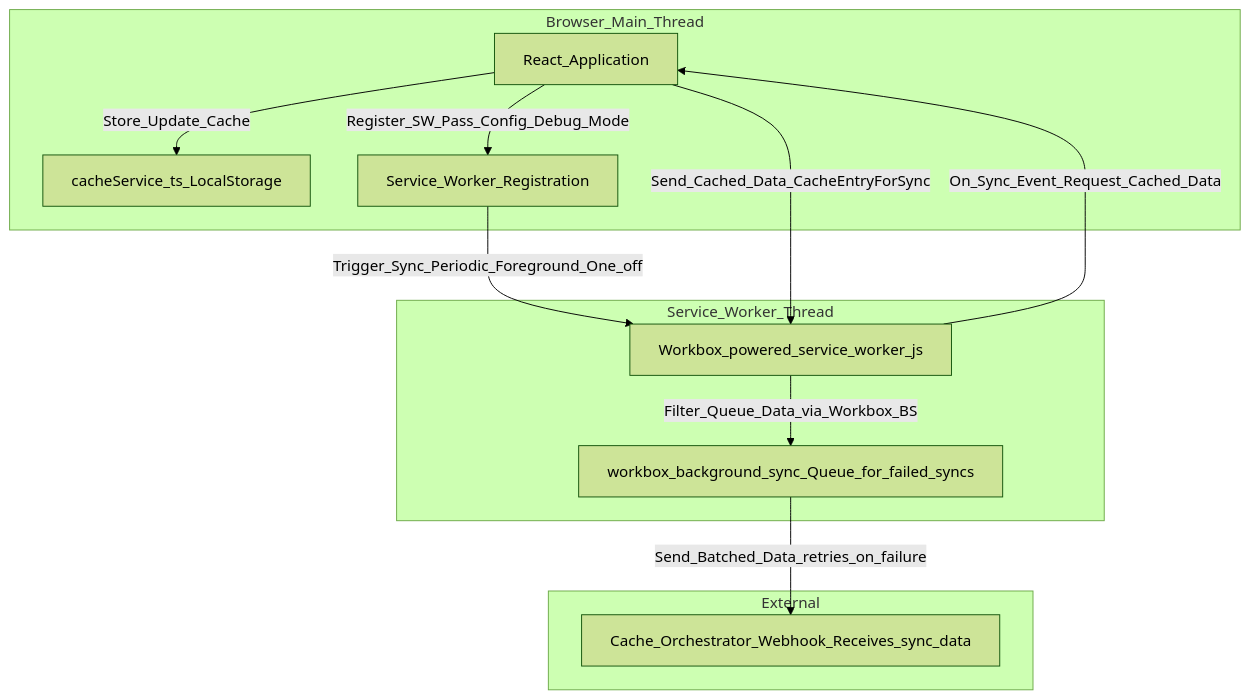
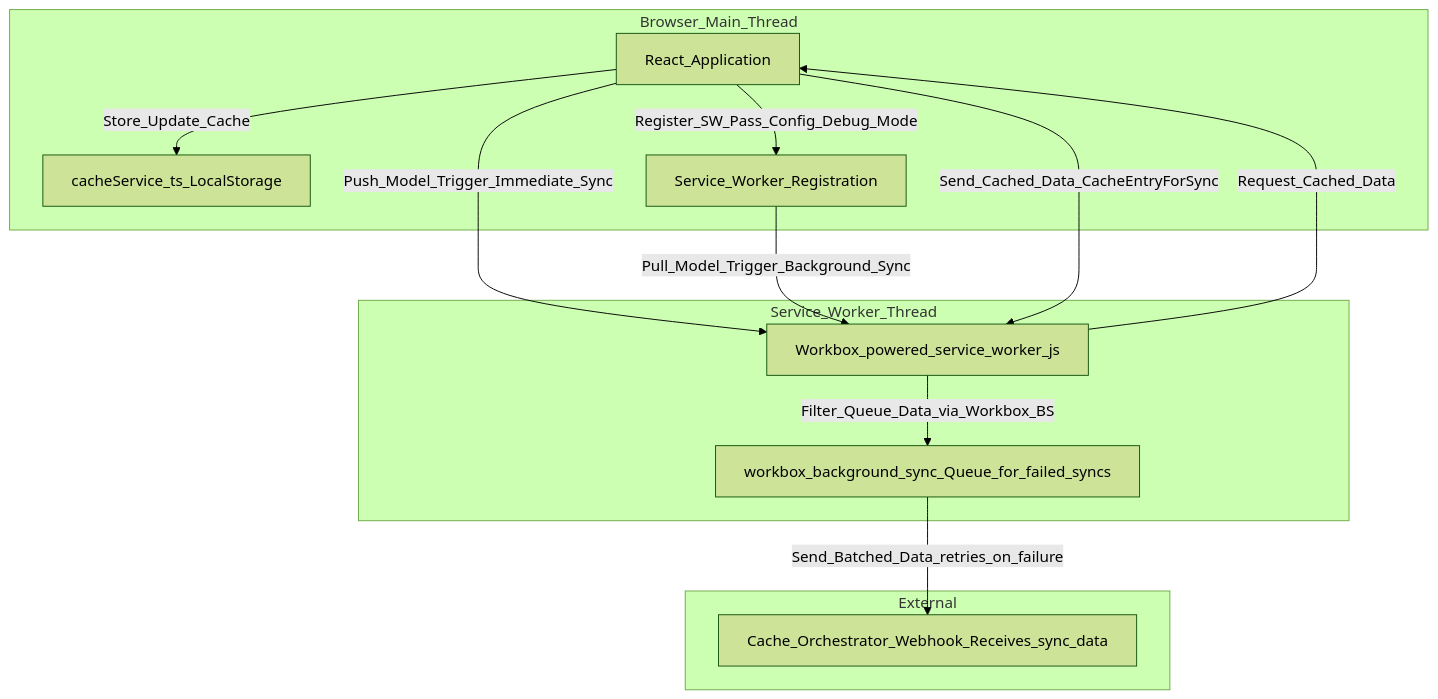
Before and after one commit to salestracker/shodhan: the diagram in docs/cache-sync-implementation.md, drawn with Mermaid (forest theme). The commit also changed other lines of this file and 9 other files, not shown here.

````diff
--- a/docs/cache-sync-implementation.md
+++ b/docs/cache-sync-implementation.md
@@ -15,25 +15,26 @@
 ```mermaid
 graph TD
   subgraph Browser_Main_Thread
     App[React_Application]
     CacheService[cacheService_ts_LocalStorage]
     SW_Reg[Service_Worker_Registration]
   end
 
   subgraph Service_Worker_Thread
     SW[Workbox_powered_service_worker_js]
     Workbox_BS[workbox_background_sync_Queue_for_failed_syncs]
   end
 
   subgraph External
     Cache_Orchestrator[Cache_Orchestrator_Webhook_Receives_sync_data]
   end
 
   App -- Store_Update_Cache --> CacheService
   App -- Register_SW_Pass_Config_Debug_Mode --> SW_Reg
-  SW_Reg -- Trigger_Sync_Periodic_Foreground_One_off --> SW
-  SW -- On_Sync_Event_Request_Cached_Data --> App
+  App -- Push_Model_Trigger_Immediate_Sync --> SW
+  SW_Reg -- Pull_Model_Trigger_Background_Sync --> SW
+  SW -- Request_Cached_Data --> App
   App -- Send_Cached_Data_CacheEntryForSync --> SW
   SW -- Filter_Queue_Data_via_Workbox_BS --> Workbox_BS
   Workbox_BS -- Send_Batched_Data_retries_on_failure --> Cache_Orchestrator
 ```
````
